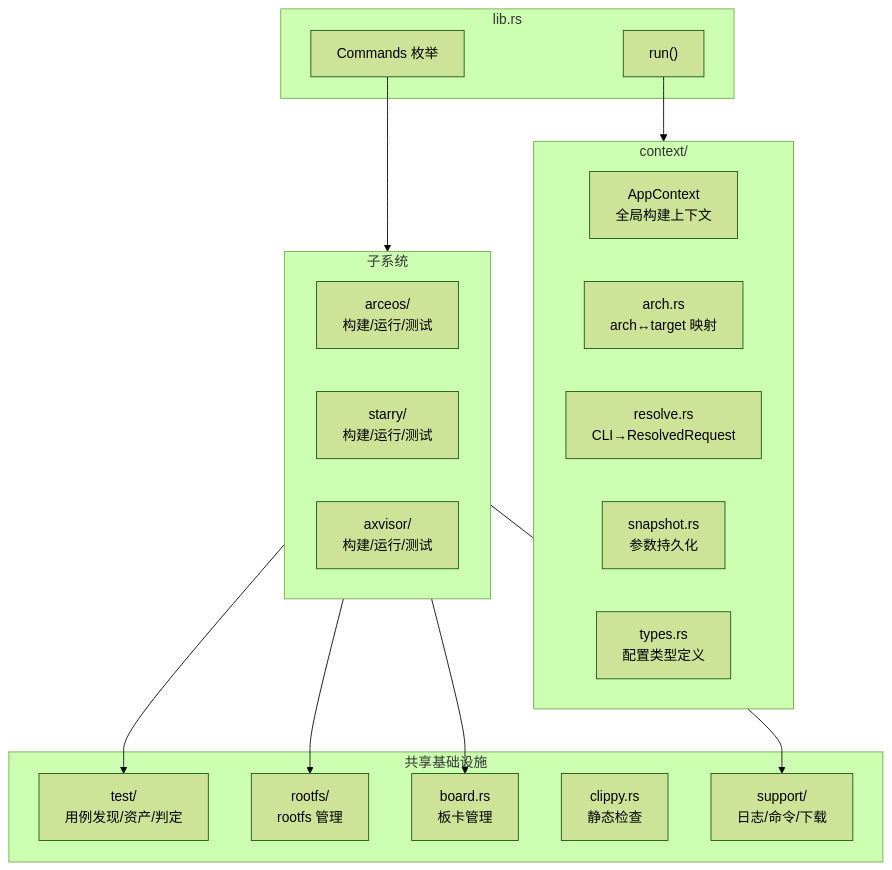
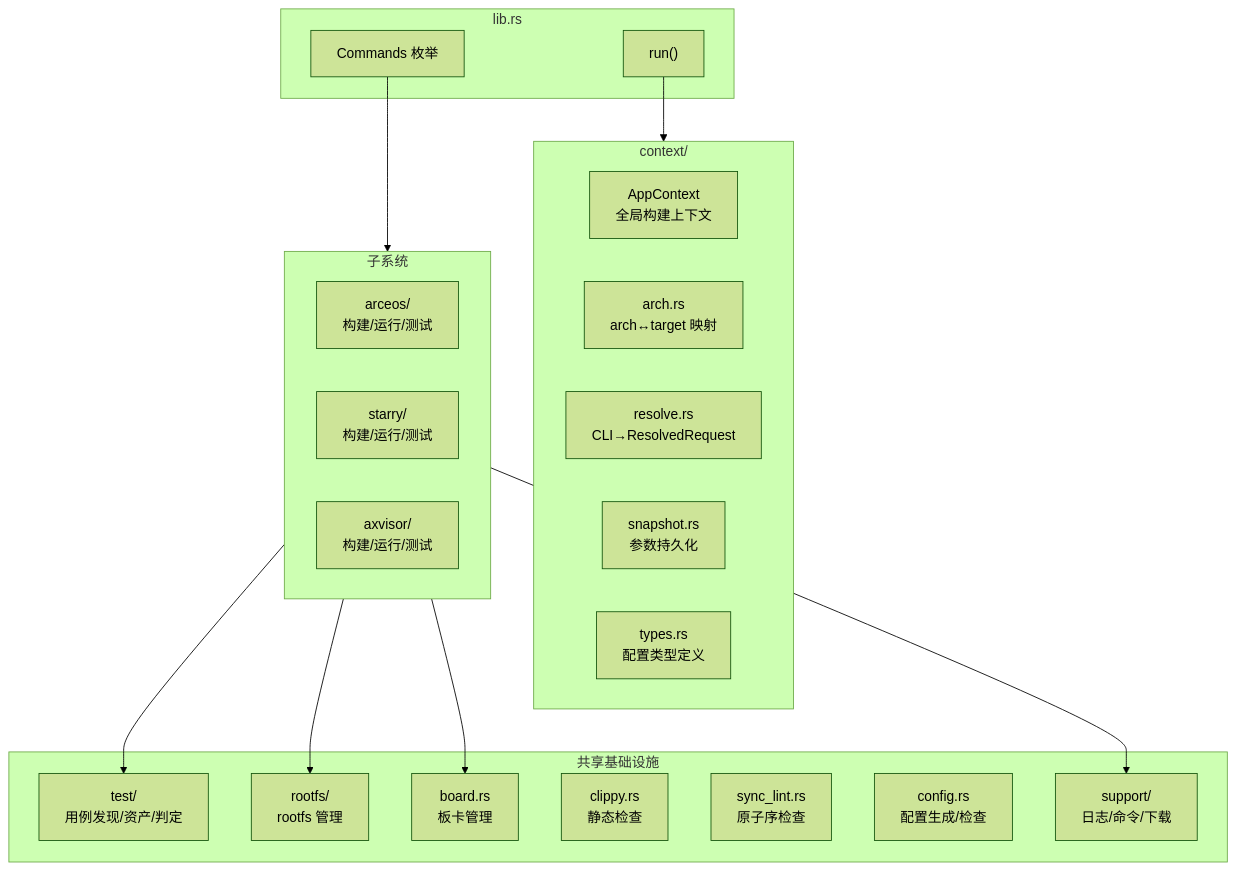
One commit to ZR233/tgoskits changed the second of 3 diagrams in docs/docs/build/overview.md. Above: the diagram before and after it, drawn with Mermaid (forest theme). The commit also changed other lines of this file and 9 other files, not shown here.

````diff
--- a/docs/docs/build/overview.md
+++ b/docs/docs/build/overview.md
@@ -45,36 +47,38 @@
 ```mermaid
 graph TD
     subgraph CLI["lib.rs"]
         CLI_RUN["run()"]
         CLI_CMD["Commands 枚举"]
     end
 
     subgraph CTX["context/"]
         APP["AppContext<br/>全局构建上下文"]
         ARCH["arch.rs<br/>arch↔target 映射"]
         RESOLVE["resolve.rs<br/>CLI→ResolvedRequest"]
         SNAP["snapshot.rs<br/>参数持久化"]
         TYPES["types.rs<br/>配置类型定义"]
     end
 
     subgraph OS["子系统"]
         ARCEOS["arceos/<br/>构建/运行/测试"]
         STARRY["starry/<br/>构建/运行/测试"]
         AXVISOR["axvisor/<br/>构建/运行/测试"]
     end
 
     subgraph SHARED["共享基础设施"]
         TEST["test/<br/>用例发现/资产/判定"]
         ROOTFS["rootfs/<br/>rootfs 管理"]
         BOARD["board.rs<br/>板卡管理"]
         CLIPPY["clippy.rs<br/>静态检查"]
+        SYNC_LINT["sync_lint.rs<br/>原子序检查"]
+        CONFIG["config.rs<br/>配置生成/检查"]
         SUPPORT["support/<br/>日志/命令/下载"]
     end
 
     CLI_RUN --> CTX
     CLI_CMD --> OS
     OS --> TEST
     OS --> ROOTFS
     OS --> BOARD
     OS --> SUPPORT
 ```
````
